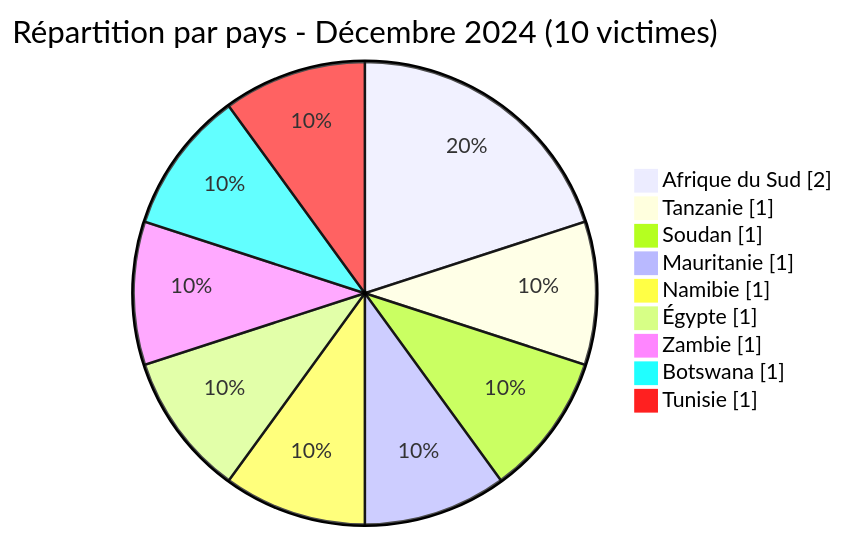
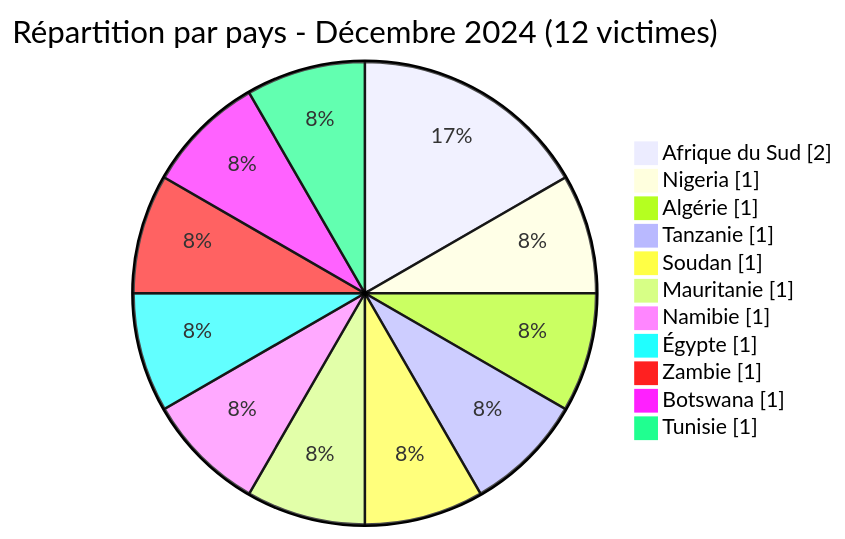
The second of 4 diagrams in CyberAttackAfrica/2024/12-december/README_FR.md (Hatchepsoute/AFRINTEL), drawn with Mermaid before and after one commit. The commit also changed other lines of this file and 255 other files, not shown here.

````diff
--- a/CyberAttackAfrica/2024/12-december/README_FR.md
+++ b/CyberAttackAfrica/2024/12-december/README_FR.md
@@ -74,13 +80,15 @@
 ```mermaid
 pie showData
-    title Répartition par pays - Décembre 2024 (10 victimes)
+    title Répartition par pays - Décembre 2024 (12 victimes)
     "Afrique du Sud" : 2
+    "Nigeria" : 1
+    "Algérie" : 1
     "Tanzanie" : 1
     "Soudan" : 1
     "Mauritanie" : 1
     "Namibie" : 1
     "Égypte" : 1
     "Zambie" : 1
     "Botswana" : 1
     "Tunisie" : 1
 ```
````
